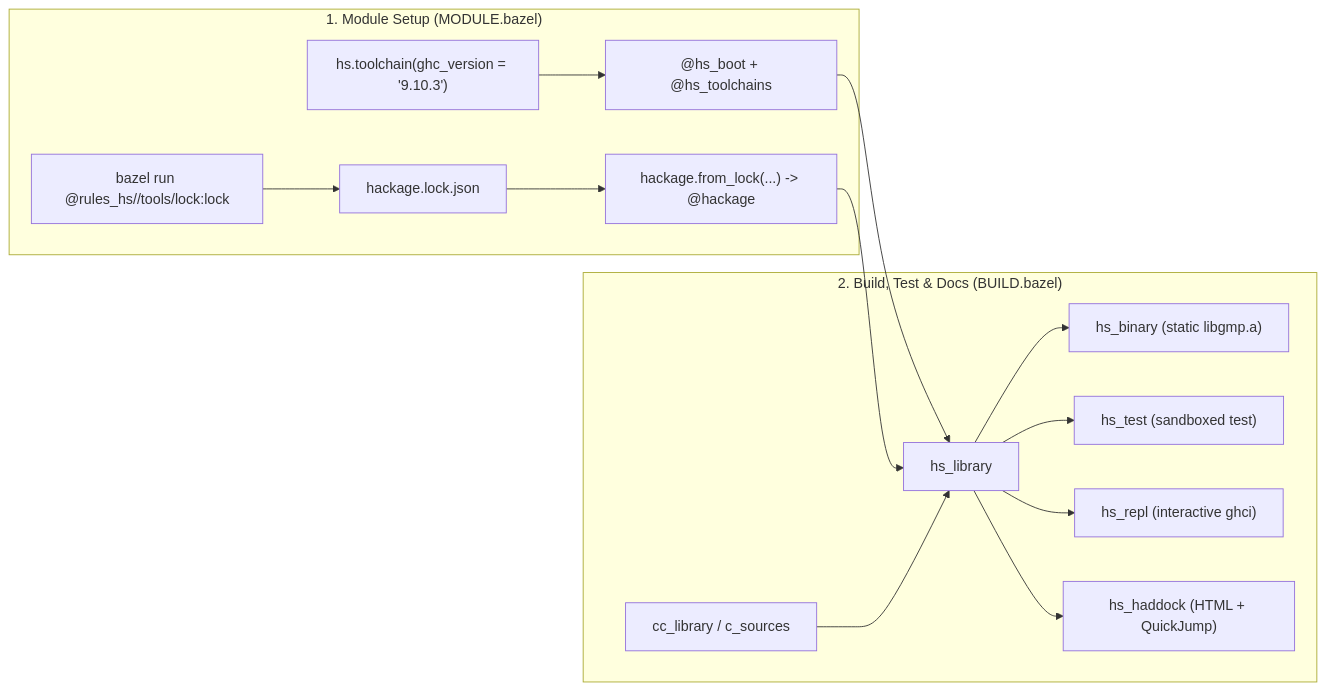
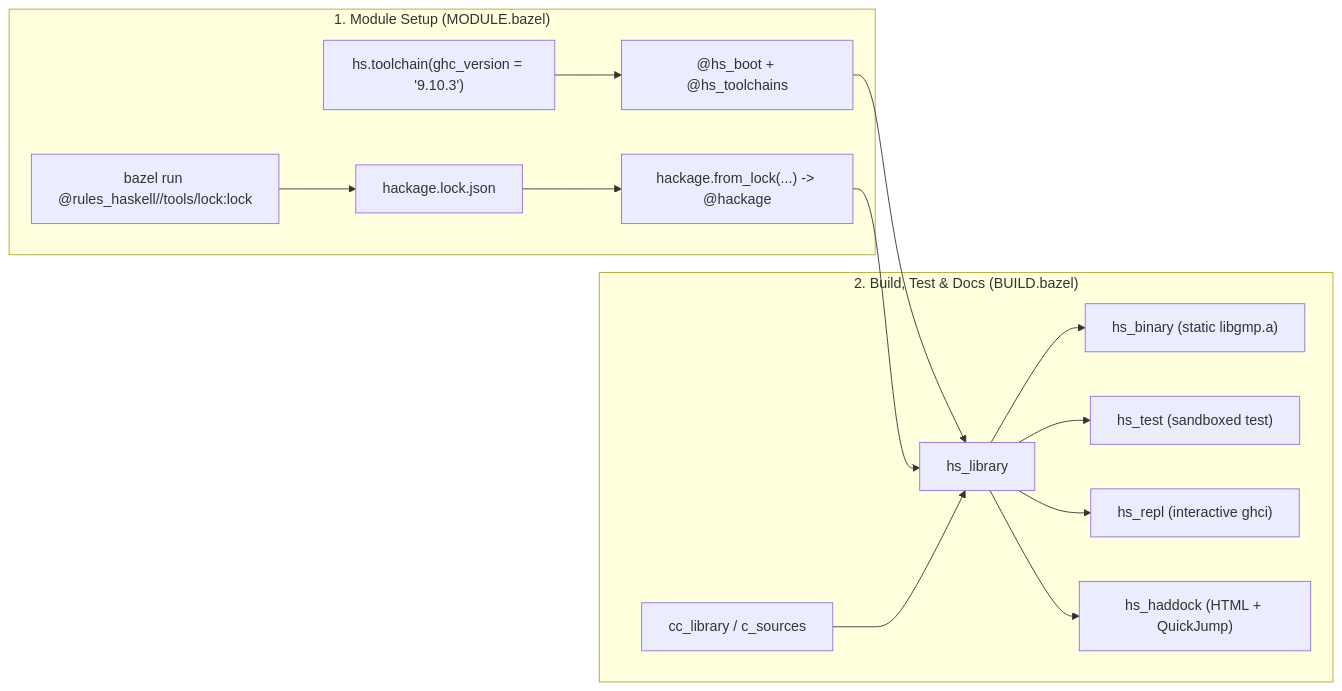
One commit to kaycebasques/hs changed the diagram in docs/content/index.md. Above: the diagram before and after it, drawn with Mermaid. The commit also changed other lines of this file and 110 other files, not shown here.

Commit message:
refactor: rename project from rules_hs to rules_haskell

````diff
--- a/docs/content/index.md
+++ b/docs/content/index.md
@@ -74,18 +74,18 @@
 ```mermaid
 flowchart LR
     subgraph Setup["1. Module Setup (MODULE.bazel)"]
         TC["hs.toolchain(ghc_version = '9.10.3')"] --> BOOT["@hs_boot + @hs_toolchains"]
-        LOCKCLI["bazel run @rules_hs//tools/lock:lock"] --> LOCKJSON["hackage.lock.json"]
+        LOCKCLI["bazel run @rules_haskell//tools/lock:lock"] --> LOCKJSON["hackage.lock.json"]
         LOCKJSON --> HACK["hackage.from_lock(...) -> @hackage"]
     end
 
     subgraph Build["2. Build, Test & Docs (BUILD.bazel)"]
         BOOT --> LIB["hs_library"]
         HACK --> LIB
         CC["cc_library / c_sources"] --> LIB
         LIB --> BIN["hs_binary (static libgmp.a)"]
         LIB --> TEST["hs_test (sandboxed test)"]
         LIB --> REPL["hs_repl (interactive ghci)"]
         LIB --> DOC["hs_haddock (HTML + QuickJump)"]
     end
 ```
````
